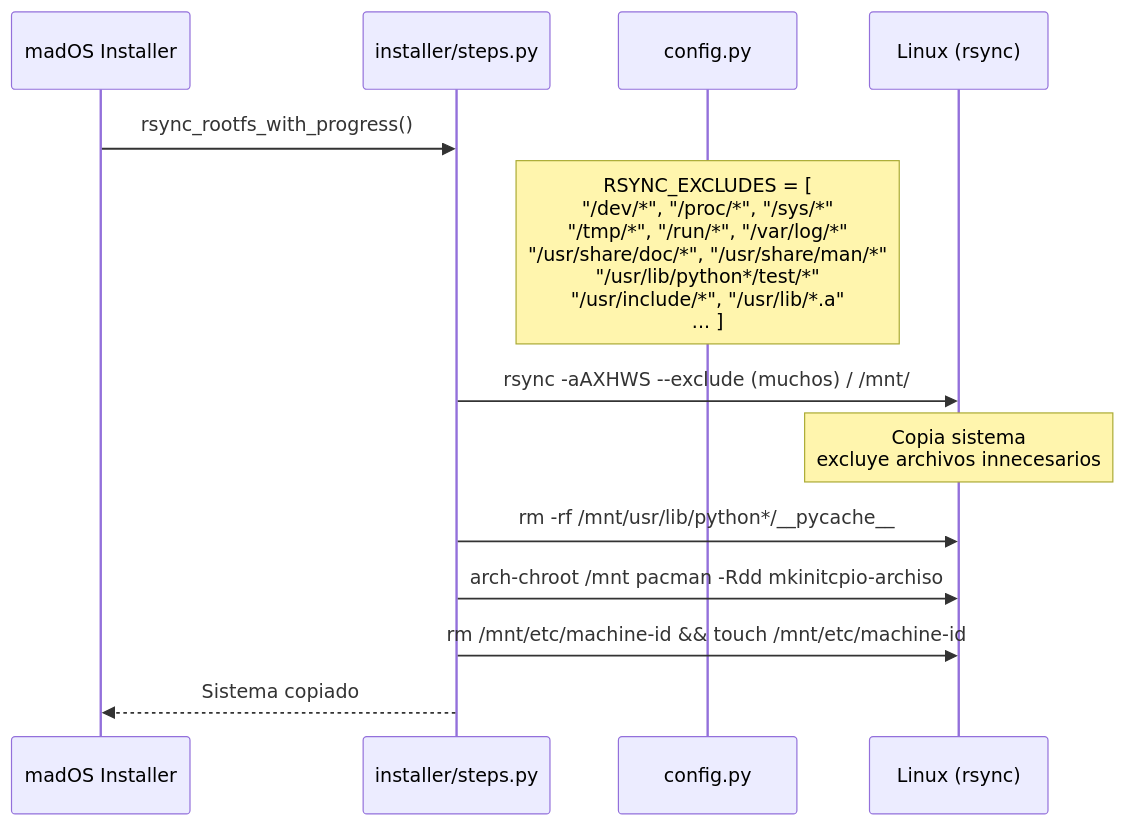
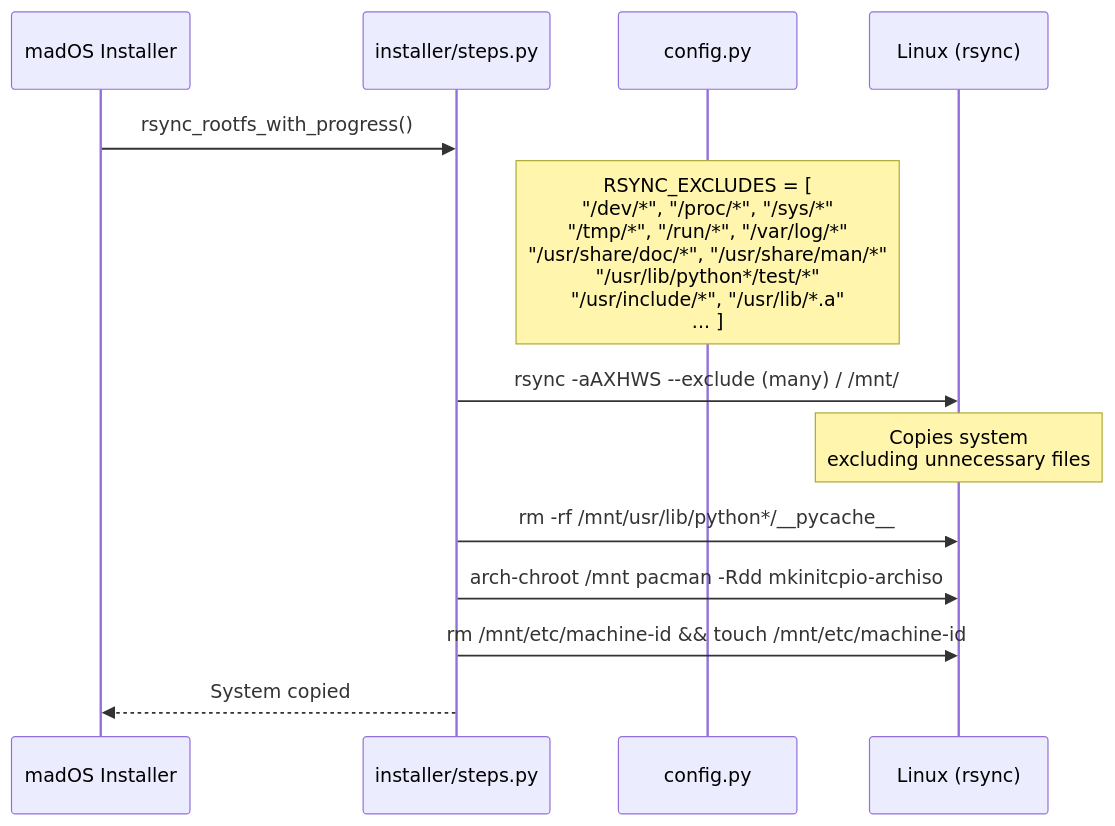
The fifth of 12 diagrams in INSTALLATION_FLOW.md (madoslinux/mados-installer), drawn with Mermaid before and after one commit. The commit also changed other lines of this file and 1 other file, not shown here.

````diff
--- a/INSTALLATION_FLOW.md
+++ b/INSTALLATION_FLOW.md
@@ -104,21 +104,21 @@
 ```mermaid
 sequenceDiagram
     participant App as madOS Installer
     participant Steps as installer/steps.py
     participant Config as config.py
     participant System as Linux (rsync)
 
     App->>Steps: rsync_rootfs_with_progress()
 
     Note over Config: RSYNC_EXCLUDES = [<br/>"/dev/*", "/proc/*", "/sys/*"<br/>"/tmp/*", "/run/*", "/var/log/*"<br/>"/usr/share/doc/*", "/usr/share/man/*"<br/>"/usr/lib/python*/test/*"<br/>"/usr/include/*", "/usr/lib/*.a"<br/>... ]
 
-    Steps->>System: rsync -aAXHWS --exclude (muchos) / /mnt/
-    Note over System: Copia sistema<br/>excluye archivos innecesarios
+    Steps->>System: rsync -aAXHWS --exclude (many) / /mnt/
+    Note over System: Copies system<br/>excluding unnecessary files
 
     Steps->>System: rm -rf /mnt/usr/lib/python*/__pycache__
 
     Steps->>System: arch-chroot /mnt pacman -Rdd mkinitcpio-archiso
     Steps->>System: rm /mnt/etc/machine-id && touch /mnt/etc/machine-id
 
-    Steps-->>App: Sistema copiado
+    Steps-->>App: System copied
 ```
````
